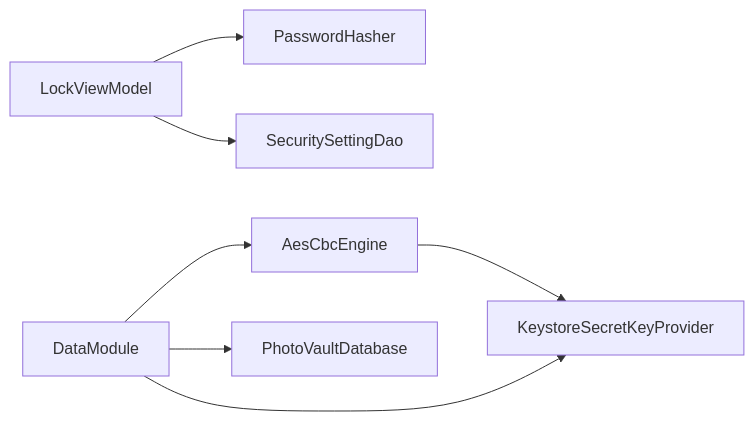
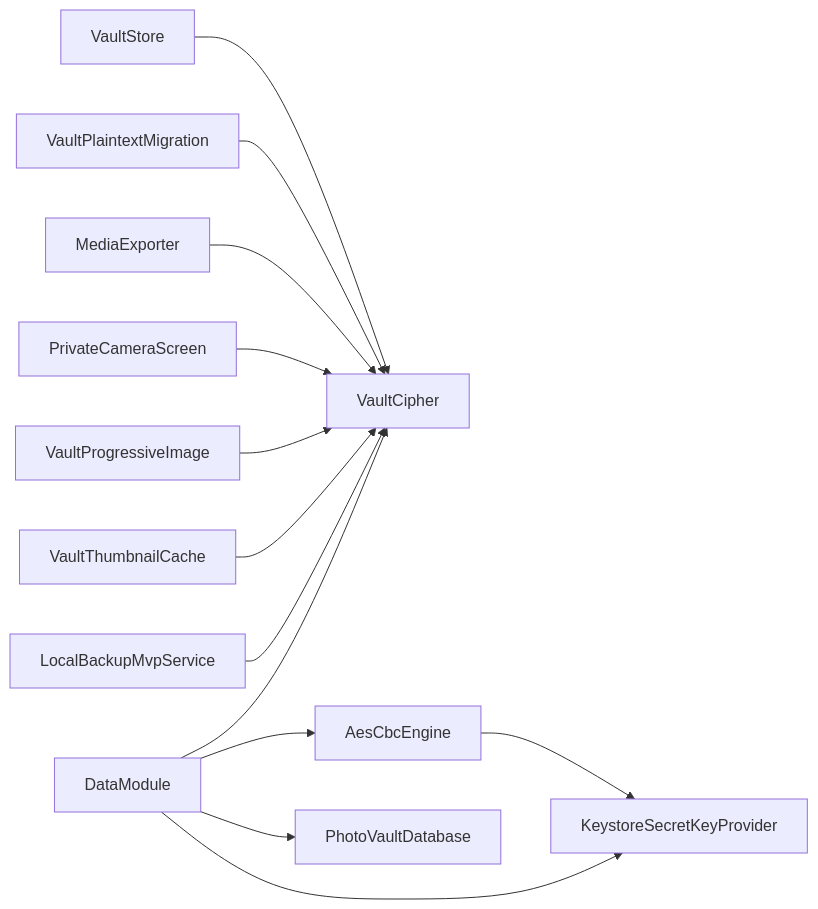
The fourth of 4 diagrams in .qoder/repowiki/zh/content/核心功能模块/加密存储系统/加密存储系统.md (wanhongbo/ai-photo-vault), drawn with Mermaid before and after one commit. The commit also changed other lines of this file and 22 other files, not shown here.

````diff
--- a/.qoder/repowiki/zh/content/核心功能模块/加密存储系统/加密存储系统.md
+++ b/.qoder/repowiki/zh/content/核心功能模块/加密存储系统/加密存储系统.md
@@ -291,9 +307,15 @@
 ```mermaid
 graph LR
-LVM["LockViewModel"] --> PH["PasswordHasher"]
-LVM --> DAO["SecuritySettingDao"]
+VS["VaultStore"] --> VC["VaultCipher"]
+PM["VaultPlaintextMigration"] --> VC
+ME["MediaExporter"] --> VC
+PCS["PrivateCameraScreen"] --> VC
+VPI["VaultProgressiveImage"] --> VC
+VTC["VaultThumbnailCache"] --> VC
+LBS["LocalBackupMvpService"] --> VC
 AES["AesCbcEngine"] --> KSK["KeystoreSecretKeyProvider"]
-DM["DataModule"] --> KSK
+DM["DataModule"] --> VC
+DM --> KSK
 DM --> AES
 DM --> DB["PhotoVaultDatabase"]
 ```
````
